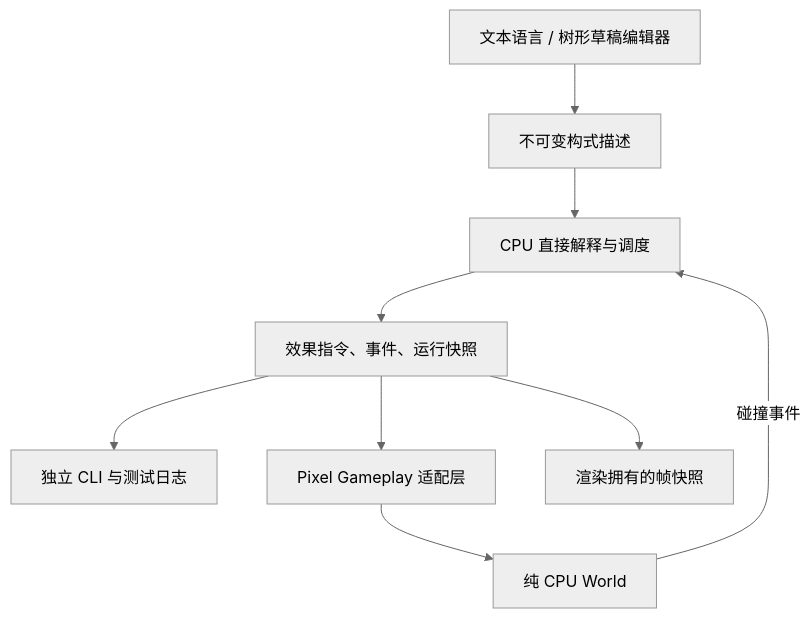
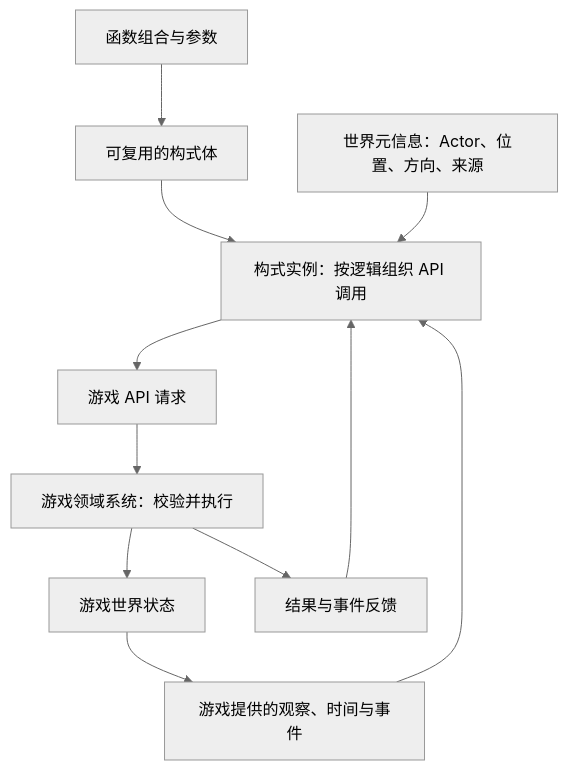
One commit to opubear/AxiomPixel changed the diagram in Docs/GameDesign/FormulaSystem.md. Above: the diagram before and after it, drawn with Mermaid (neutral theme). The commit also changed other lines of this file and 46 other files, not shown here.

````diff
--- a/Docs/GameDesign/FormulaSystem.md
+++ b/Docs/GameDesign/FormulaSystem.md
@@ -68,11 +36,13 @@
 ```mermaid
 flowchart TD
-    Input["文本语言 / 树形草稿编辑器"] --> Desc["不可变构式描述"]
-    Desc --> Runtime["CPU 直接解释与调度"]
-    Runtime --> Commands["效果指令、事件、运行快照"]
-    Commands --> Trace["独立 CLI 与测试日志"]
-    Commands --> Adapter["Pixel Gameplay 适配层"]
-    Adapter --> World["纯 CPU World"]
-    World -->|碰撞事件| Runtime
-    Commands --> Presentation["渲染拥有的帧快照"]
+    Functions["函数组合与参数"] --> Body["可复用的构式体"]
+    Body --> Instance["构式实例：按逻辑组织 API 调用"]
+    Metadata["世界元信息：Actor、位置、方向、来源"] --> Instance
+    Context["游戏提供的观察、时间与事件"] --> Instance
+    Instance --> Requests["游戏 API 请求"]
+    Requests --> Game["游戏领域系统：校验并执行"]
+    Game --> World["游戏世界状态"]
+    World --> Context
+    Game --> Receipts["结果与事件反馈"]
+    Receipts --> Instance
 ```
````
